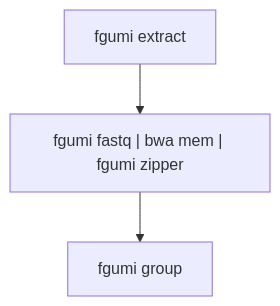
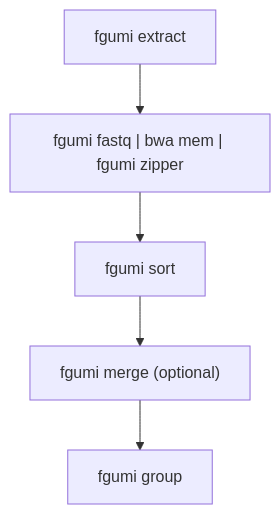
The first of 4 diagrams in docs/src/guide/best-practices.md (fulcrumgenomics/fgumi), drawn with Mermaid before and after one commit. The commit also changed other lines of this file and 10 other files, not shown here.

````diff
--- a/docs/src/guide/best-practices.md
+++ b/docs/src/guide/best-practices.md
@@ -62,5 +73,7 @@
 ```mermaid
 graph TD;
 A["fgumi extract"]-->B["fgumi fastq | bwa mem | fgumi zipper"];
-B-->C["fgumi group"];
+B-->C["fgumi sort"];
+C-->D["fgumi merge (optional)"];
+D-->E["fgumi group"];
 ```
````
